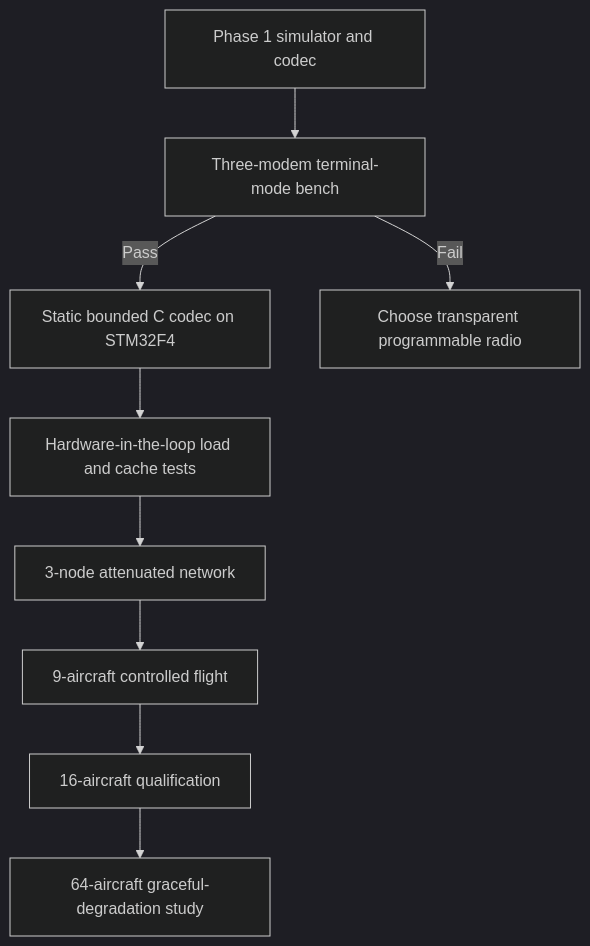
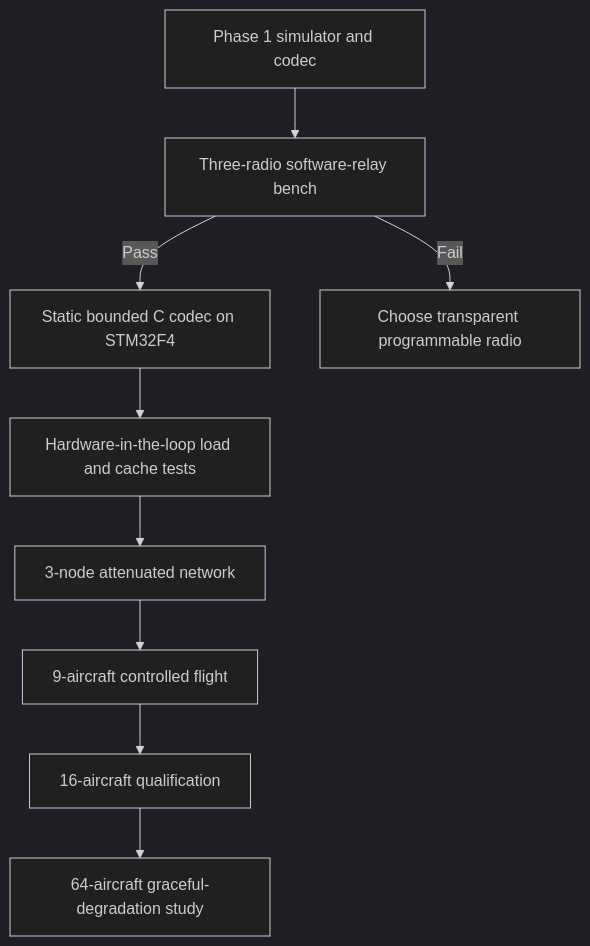
Before and after one commit to tudelft/paparazzi: the second of 2 diagrams in doc/mesh/asynchronous_coded_mesh.md, drawn with Mermaid (dark theme). The commit also changed other lines of this file and 6 other files, not shown here.

````diff
--- a/doc/mesh/asynchronous_coded_mesh.md
+++ b/doc/mesh/asynchronous_coded_mesh.md
@@ -343,11 +413,11 @@
 ```mermaid
 flowchart TD
-  S[Phase 1 simulator and codec] --> B[Three-modem terminal-mode bench]
+  S[Phase 1 simulator and codec] --> B[Three-radio software-relay bench]
   B -->|Pass| C[Static bounded C codec on STM32F4]
   B -->|Fail| R[Choose transparent programmable radio]
   C --> H[Hardware-in-the-loop load and cache tests]
   H --> N[3-node attenuated network]
   N --> F[9-aircraft controlled flight]
   F --> M[16-aircraft qualification]
   M --> X[64-aircraft graceful-degradation study]
 ```
````
